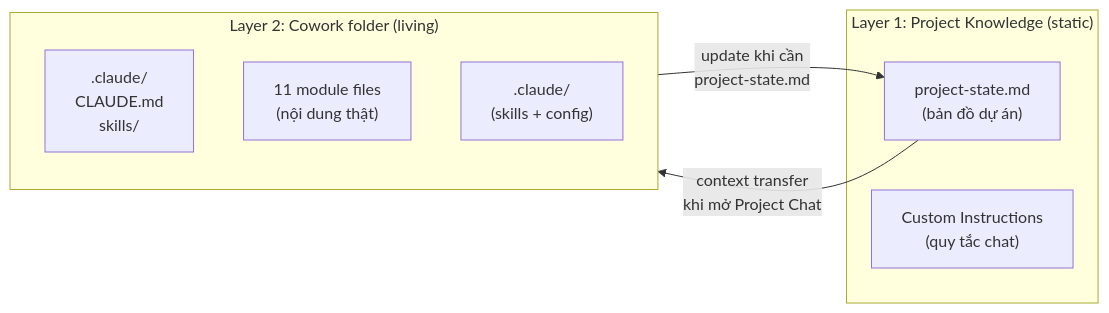
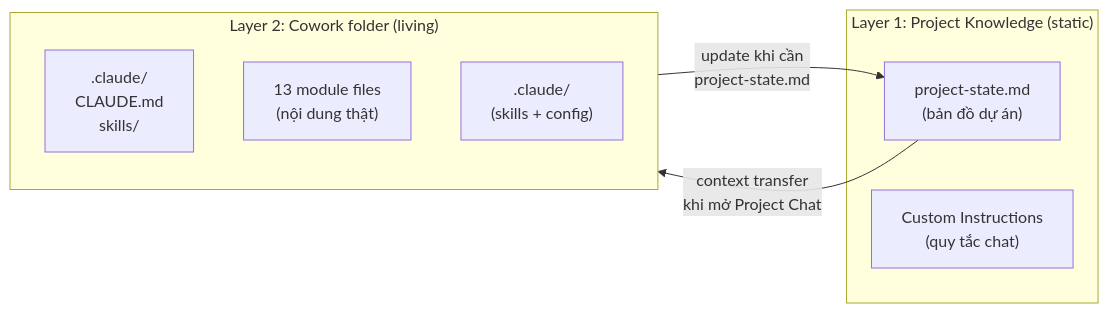
Before and after one commit to DatZ2H/guide-claude: the fourth of 4 diagrams in guide/04-context-management.md, drawn with Mermaid. The commit also changed other lines of this file and 5 other files, not shown here.

````diff
--- a/guide/04-context-management.md
+++ b/guide/04-context-management.md
@@ -495,14 +495,14 @@
 ```mermaid
 flowchart LR
     subgraph PK["Layer 1: Project Knowledge (static)"]
         PS["project-state.md\n(bản đồ dự án)"]
         CI["Custom Instructions\n(quy tắc chat)"]
     end
     subgraph CW["Layer 2: Cowork folder (living)"]
         MEM[".claude/\nCLAUDE.md\nskills/"]
-        MODS["11 module files\n(nội dung thật)"]
+        MODS["13 module files\n(nội dung thật)"]
         SETUP[".claude/\n(skills + config)"]
     end
     CW -->|"update khi cần\nproject-state.md"| PS
     PS -->|"context transfer\nkhi mở Project Chat"| CW
 ```
````
